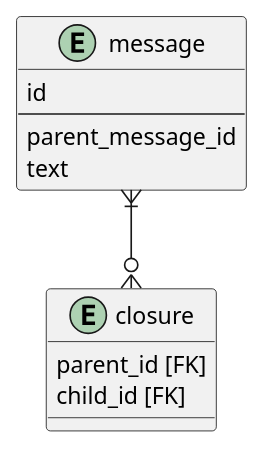
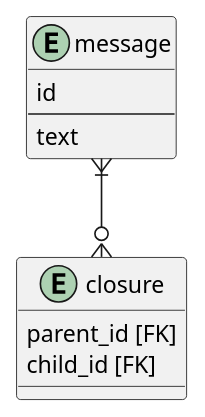
Before and after one commit to tamamura3/praha-challenge: the second of 4 diagrams in db/anti_pattern_4/readme.md, drawn with PlantUML. The commit also changed other lines of this file and 1 other file, not shown here.

````diff
--- a/db/anti_pattern_4/readme.md
+++ b/db/anti_pattern_4/readme.md
@@ -12,15 +32,14 @@
 ```puml
 @startuml
 entity message {
     id
     --
-    parent_message_id
     text
 }
 entity closure {
     parent_id [FK]
     child_id [FK]
 }
 message }|--o{ closure
 @enduml
 ```
````
